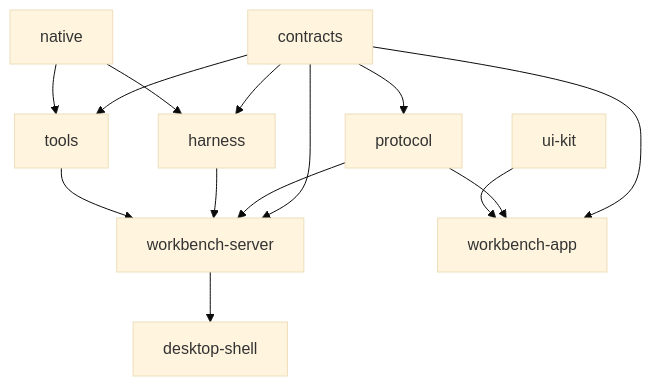
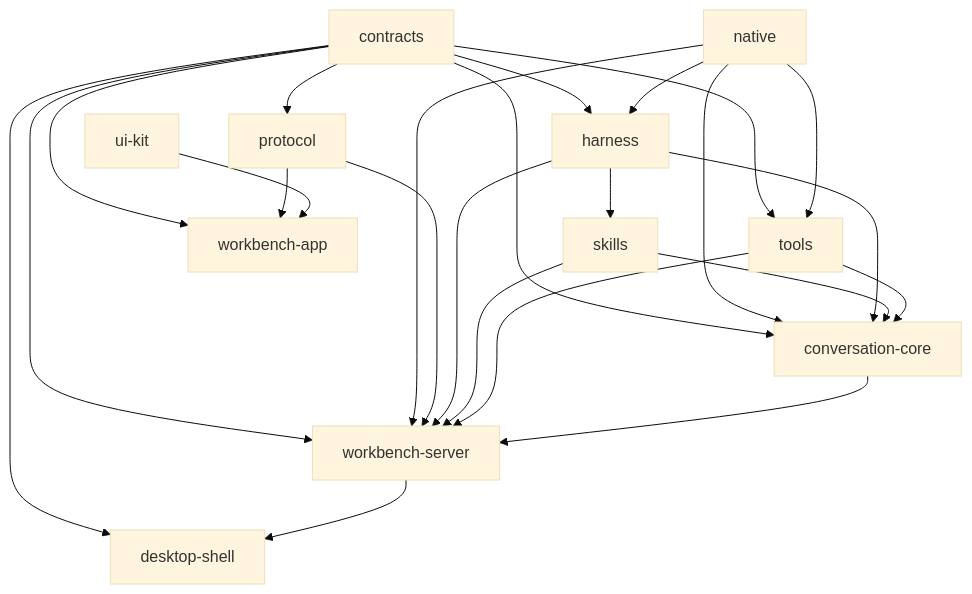
Before and after one commit to ThilinaTLM/nerve: the diagram in docs/architecture/codebase.md, drawn with Mermaid (base theme). The commit also changed other lines of this file and 1289 other files, not shown here.

First line of the commit message:
Introduce conversation core and shared asynchronous agent runtime (#406)

````diff
--- a/docs/architecture/codebase.md
+++ b/docs/architecture/codebase.md
@@ -7,16 +7,26 @@
 ```mermaid
 flowchart TD
   contracts --> protocol
   contracts --> harness
   native --> harness
+  harness --> skills
   contracts --> tools
   native --> tools
+  contracts --> conversation-core
+  native --> conversation-core
+  harness --> conversation-core
+  skills --> conversation-core
+  tools --> conversation-core
   contracts --> workbench-server
+  native --> workbench-server
   protocol --> workbench-server
   harness --> workbench-server
+  skills --> workbench-server
   tools --> workbench-server
+  conversation-core --> workbench-server
   contracts --> workbench-app
   protocol --> workbench-app
   ui-kit --> workbench-app
+  contracts --> desktop-shell
   workbench-server --> desktop-shell
 ```
````
